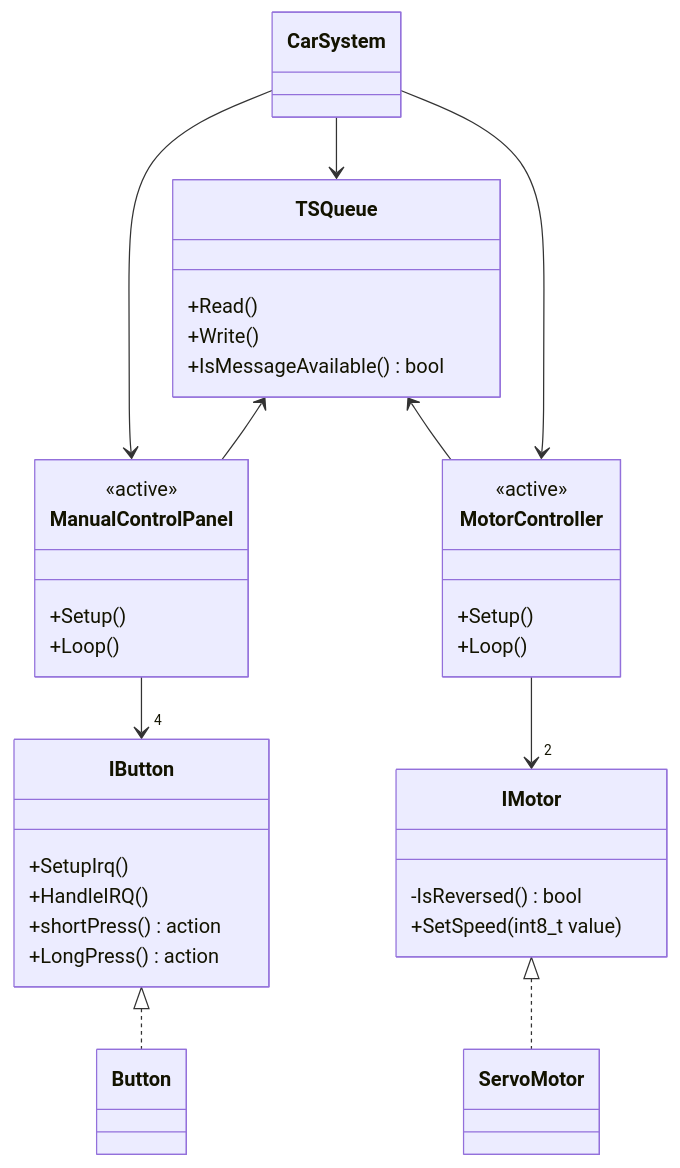
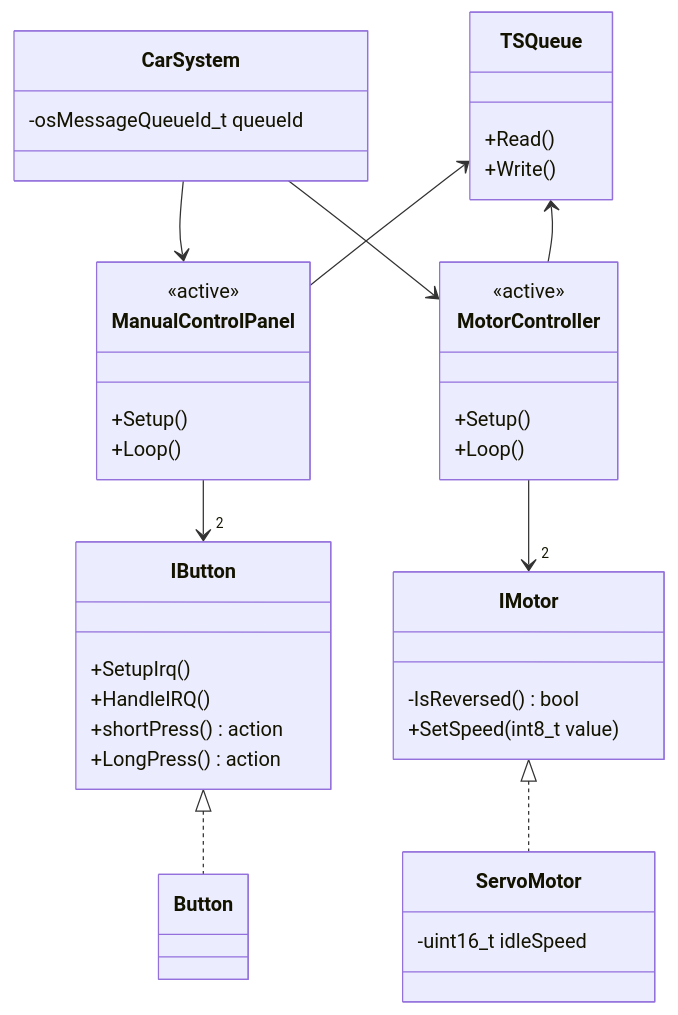
Before and after one commit to gamepro110/t-db3-2324nj: the second of 2 diagrams in ES/car challenge/class diagram.md, drawn with Mermaid. The commit also changed other lines of this file, not shown here.

Commit message:
Update class diagram.md

````diff
--- a/ES/car challenge/class diagram.md
+++ b/ES/car challenge/class diagram.md
@@ -14,53 +21,56 @@
 ```mermaid
 classDiagram
-    class CarSystem
+    class CarSystem {
+        -osMessageQueueId_t queueId
+    }
     class MotorController {
         <<active>>
         +Setup()
         +Loop()
     }
     class IMotor {
         -IsReversed() bool
         +SetSpeed(int8_t value)
     }
     class IButton {
         +SetupIrq()
         +HandleIRQ()
         +shortPress() action
         +LongPress() action
     }
 
-    class ServoMotor
+    class ServoMotor {
+        -uint16_t idleSpeed
+    }
     class Button
 
     class ManualControlPanel {
         <<active>>
         +Setup()
         +Loop()
     }
 
     class TSQueue {
         +Read()
         +Write()
-        +IsMessageAvailable() bool
     }
 
     %% *.. == is a
     %% <-- == has a
     %% <|.. == implements interface
 
     MotorController --> "2" IMotor
 
-    ManualControlPanel --> "4" IButton
+    ManualControlPanel --> "2" IButton
 
     IMotor <|.. ServoMotor
     IButton <|.. Button
 
     CarSystem --> ManualControlPanel
 
     TSQueue <-- ManualControlPanel
     TSQueue <-- MotorController
 
-    CarSystem --> TSQueue
+    %%CarSystem --> TSQueue
     CarSystem --> MotorController
 ```
````
